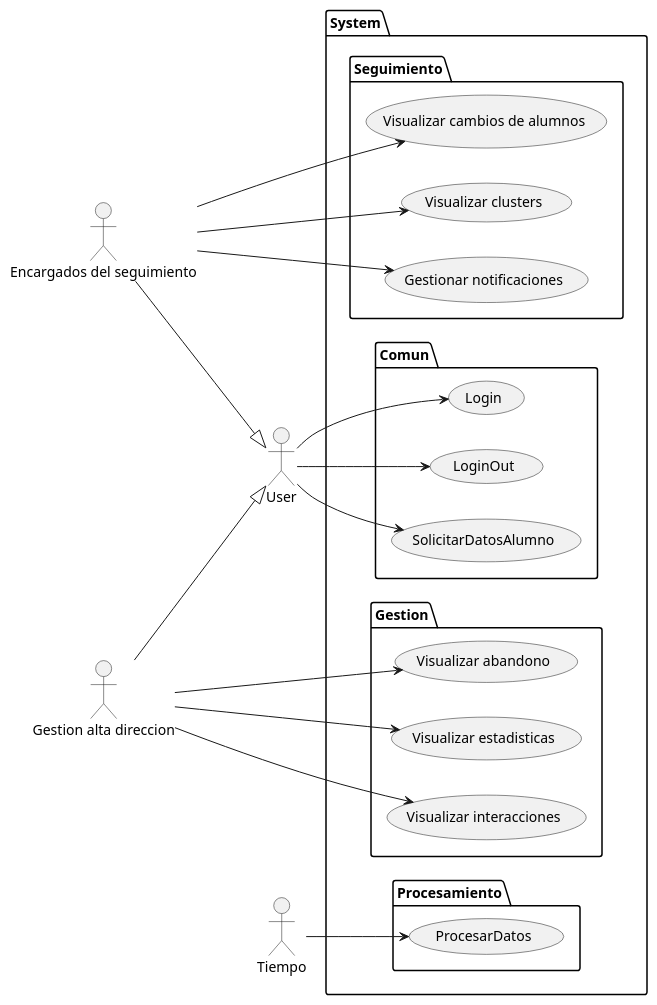
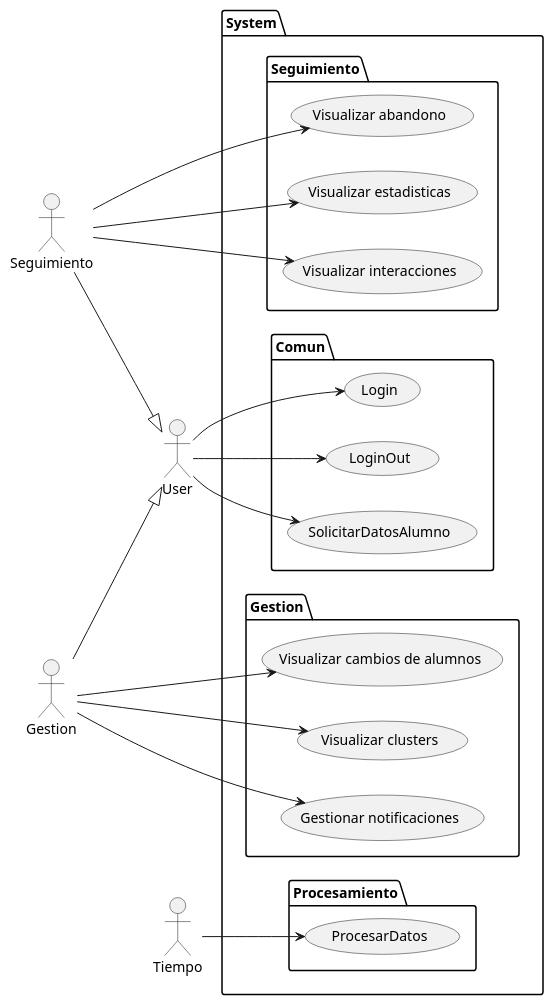
Before and after one commit to mmasias/IdSw1-22-23: the diagram in 000-entregas/Grupo1/CasosDeUso/Cdu.puml, drawn with PlantUML.

```diff
--- a/000-entregas/Grupo1/CasosDeUso/Cdu.puml
+++ b/000-entregas/Grupo1/CasosDeUso/Cdu.puml
@@ -1,49 +1,50 @@
 @startuml CasosDeUso
 left to right direction
 
 actor User
-actor "Gestion alta direccion" as GAD
-actor "Encargados del seguimiento"	as ESA
+actor "Gestion" as GEST
+actor "Seguimiento"	as SEG
 actor "Tiempo" as Tiempo
 
-User <|-u- GAD
-User <|-u- ESA
+User <|-u- GEST
+User <|-u- SEG
 
 package System {
 
   package Comun {
     usecase "Login" as Login
     usecase "LoginOut" as LoginOut
     usecase "SolicitarDatosAlumno" as SDA
   }
-  package Gestion {
+  package Seguimiento {
     usecase "Visualizar abandono" as VA
     usecase "Visualizar estadisticas" as VE
     usecase "Visualizar interacciones" as VI
   }
-  package Seguimiento {
+  package Gestion {
     usecase "Visualizar cambios de alumnos" as VC
     usecase "Visualizar clusters" as VCL
     usecase "Gestionar notificaciones" as GN
   }
   package Procesamiento {
     usecase "ProcesarDatos" as PD
   }
 }
 
 
 User --> (Login)
 User --> (LoginOut)
 User --> (SDA)
 
-GAD --> (VA)
-GAD --> (VE)
-GAD --> (VI)
+SEG --> (VA)
+SEG --> (VE)
+SEG --> (VI)
 
-ESA --> (VC)
-ESA --> (VCL)
-ESA --> (GN)
+GEST --> (VC)
+GEST --> (VCL)
+GEST --> (GN)
+
 
 Tiempo --> PD
 
 @enduml
```
